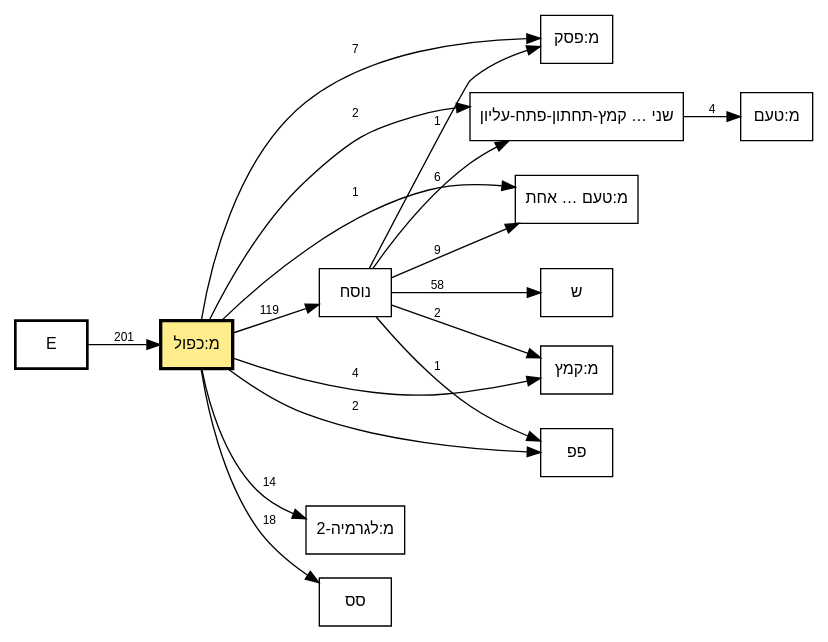
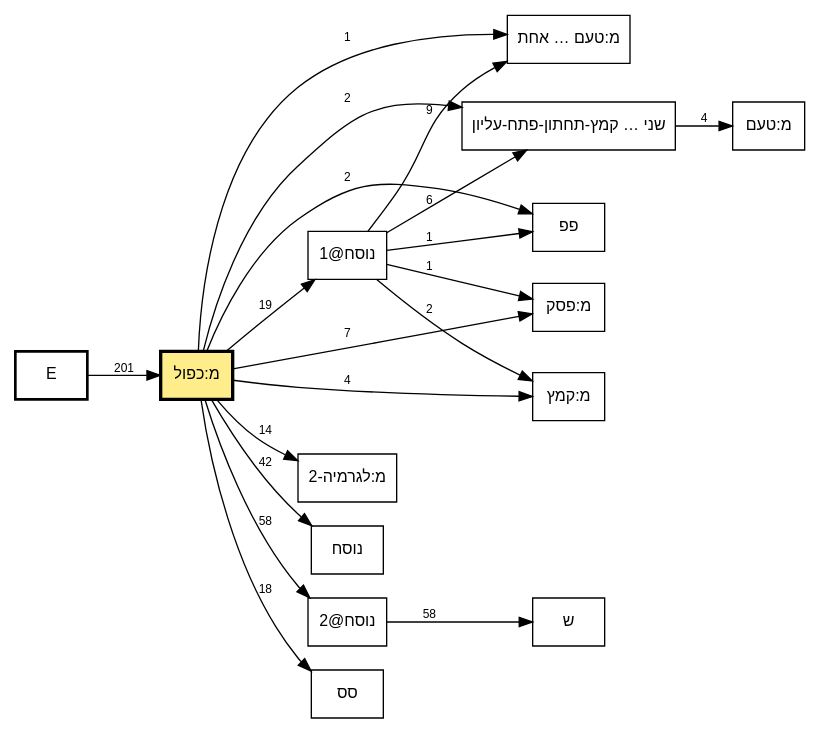
The diagram in out/tmpl-survey-plain/plain-kaful-call-graph.dot (bdenckla/MAM-basics), drawn with Graphviz before and after one commit. The commit also changed 17 other files, not shown here.

```diff
--- a/out/tmpl-survey-plain/plain-kaful-call-graph.dot
+++ b/out/tmpl-survey-plain/plain-kaful-call-graph.dot
@@ -1,36 +1,38 @@
 // This file was generated by MAM-basics/py/main_tmpl_survey.py.
 // Do not edit by hand.
 digraph template_call_graph {
     rankdir=LR;
     node [fontname="SBL Hebrew,Helvetica", fontsize=12];
     edge [fontname="Helvetica", fontsize=9];
     graph [comment="This file was generated by MAM-basics/py/main_tmpl_survey.py."];
 
     // Column nodes
     node [shape=box, style=bold];
     "E";
 
     // Template nodes
     node [shape=box, style=""];
     "מ:טעם ומתג באות אחת" [label="מ:טעם … אחת", tooltip="מ:טעם ומתג באות אחת"];
     "מ:כפול" [fillcolor="lightgoldenrod1", style="filled", penwidth=2.5];
     "שני טעמים באות אחת קמץ-תחתון-פתח-עליון" [label="שני … קמץ-תחתון-פתח-עליון", tooltip="שני טעמים באות אחת קמץ-תחתון-פתח-עליון"];
 
     // Edges
     "E" -> "מ:כפול" [label="201"];
     "מ:כפול" -> "מ:טעם ומתג באות אחת" [label="1"];
     "מ:כפול" -> "מ:לגרמיה-2" [label="14"];
     "מ:כפול" -> "מ:פסק" [label="7"];
     "מ:כפול" -> "מ:קמץ" [label="4"];
-    "מ:כפול" -> "נוסח" [label="119"];
+    "מ:כפול" -> "נוסח" [label="42"];
+    "מ:כפול" -> "נוסח@1" [label="19"];
+    "מ:כפול" -> "נוסח@2" [label="58"];
     "מ:כפול" -> "סס" [label="18"];
     "מ:כפול" -> "פפ" [label="2"];
     "מ:כפול" -> "שני טעמים באות אחת קמץ-תחתון-פתח-עליון" [label="2"];
-    "נוסח" -> "מ:טעם ומתג באות אחת" [label="9"];
-    "נוסח" -> "מ:פסק" [label="1"];
-    "נוסח" -> "מ:קמץ" [label="2"];
-    "נוסח" -> "פפ" [label="1"];
-    "נוסח" -> "ש" [label="58"];
-    "נוסח" -> "שני טעמים באות אחת קמץ-תחתון-פתח-עליון" [label="6"];
+    "נוסח@1" -> "מ:טעם ומתג באות אחת" [label="9"];
+    "נוסח@1" -> "מ:פסק" [label="1"];
+    "נוסח@1" -> "מ:קמץ" [label="2"];
+    "נוסח@1" -> "פפ" [label="1"];
+    "נוסח@1" -> "שני טעמים באות אחת קמץ-תחתון-פתח-עליון" [label="6"];
+    "נוסח@2" -> "ש" [label="58"];
     "שני טעמים באות אחת קמץ-תחתון-פתח-עליון" -> "מ:טעם" [label="4"];
 }
```
